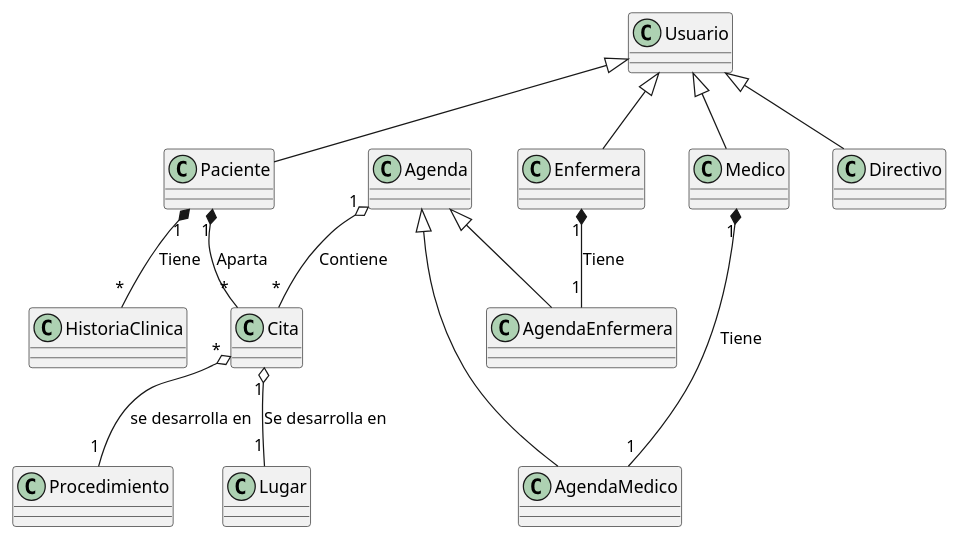
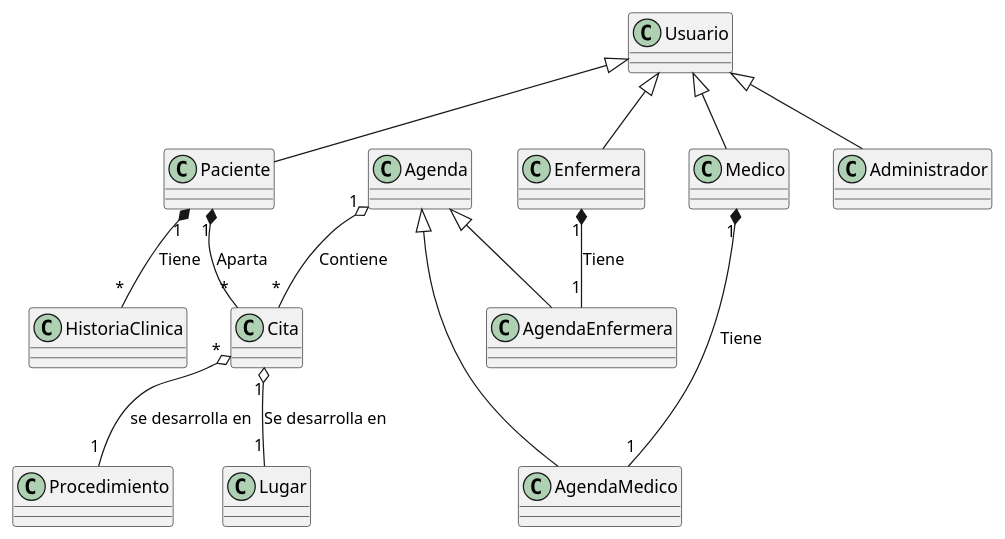
One commit to SebastianCA19/Modelo-Dominio-Entidad-Relacion changed the diagram in DiagramaClases.plantuml. Above: the diagram before and after it, drawn with PlantUML.

```diff
--- a/DiagramaClases.plantuml
+++ b/DiagramaClases.plantuml
@@ -1,44 +1,45 @@
 @startuml DiagramaClasesCitas
 
 top to bottom direction
 
 class Usuario
 class Medico
-class Directivo
+class Administrador
 class Enfermera
 class Paciente
 class Agenda
 class AgendaMedico
 class AgendaEnfermera
 class Lugar
 class Cita
 class HistoriaClinica
 class Procedimiento
 
 'Relaciones de herencia
 
 Usuario <|-down- Medico
-Usuario <|-down- Directivo
+Usuario <|-down- Administrador
 Usuario <|-down- Enfermera
 Usuario <|-down- Paciente
 
 Agenda <|-down- AgendaMedico
 Agenda <|-down- AgendaEnfermera
 
 'Relaciones de cardinalidad
 
 Paciente "1" *-- "*" HistoriaClinica : Tiene
 Paciente "1" *-- "*" Cita : Aparta
 
 Medico "1" *--- "1" AgendaMedico : Tiene
 
 Enfermera "1" *-- "1" AgendaEnfermera : Tiene
 
 Cita "1" o-- "1" Lugar : Se desarrolla en
 Procedimiento "1" -up-o "*" Cita : se desarrolla en
 Agenda "1" o-- "*" Cita : Contiene
 
 'Especialidad seria un atributo del medico
 'Tipo de cita seria un atributo de la cita
 
+
 @enduml
```
